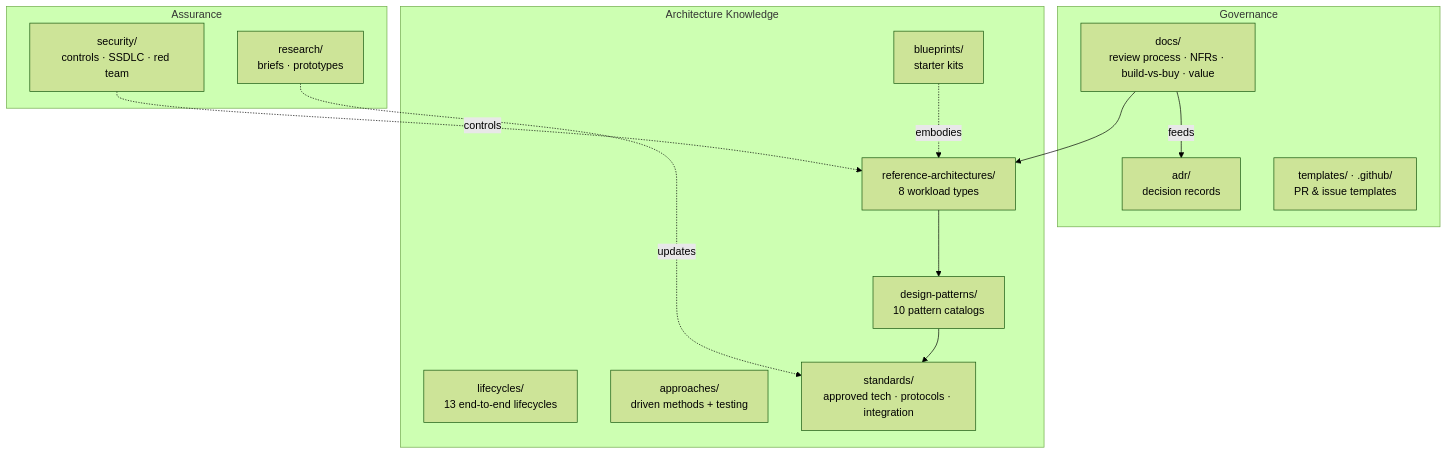
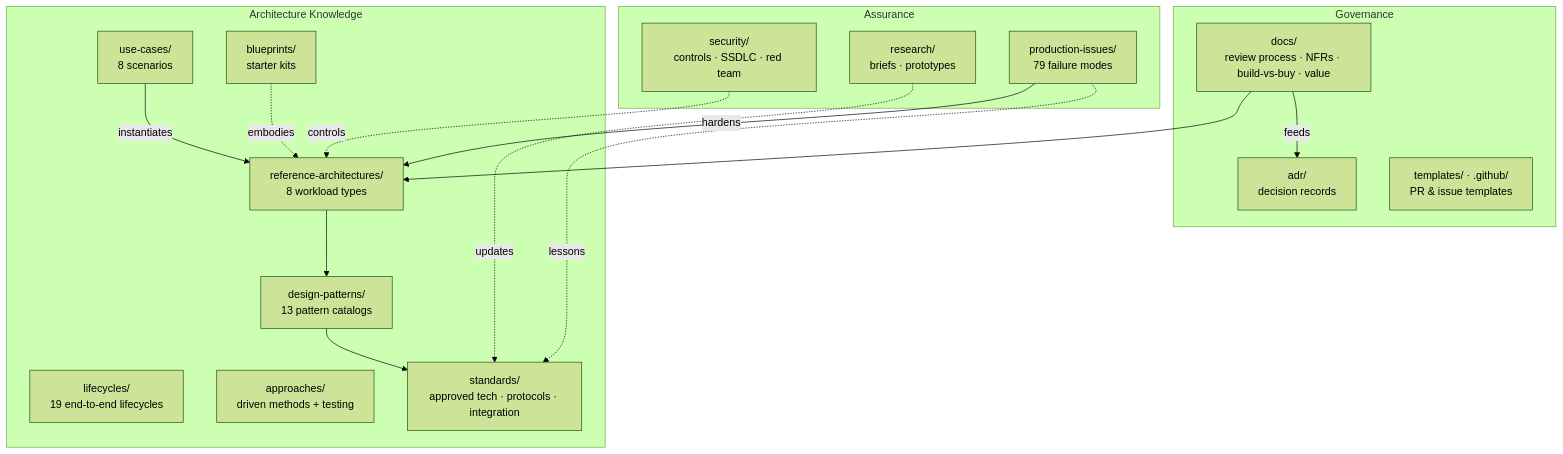
The diagram in README.md (MrKyaw/Enterprise-AI-Reference-Architecture), drawn with Mermaid (forest theme) before and after one commit. The commit also changed other lines of this file and 33 other files, not shown here.

First line of the commit message:
Complete coverage audit + use cases and production-issue library

````diff
--- a/README.md
+++ b/README.md
@@ -55,27 +57,32 @@
 ```mermaid
 flowchart TB
     subgraph Governance [Governance]
         DOCS[docs/<br/>review process · NFRs · build-vs-buy · value]
         ADR[adr/<br/>decision records]
         TPL[templates/ · .github/<br/>PR & issue templates]
     end
     subgraph Knowledge [Architecture Knowledge]
         RA[reference-architectures/<br/>8 workload types]
-        LC[lifecycles/<br/>13 end-to-end lifecycles]
-        PAT[design-patterns/<br/>10 pattern catalogs]
+        LC[lifecycles/<br/>19 end-to-end lifecycles]
+        PAT[design-patterns/<br/>13 pattern catalogs]
         APP[approaches/<br/>driven methods + testing]
+        UC[use-cases/<br/>8 scenarios]
         STD[standards/<br/>approved tech · protocols · integration]
         BP[blueprints/<br/>starter kits]
     end
     subgraph Assurance [Assurance]
         SEC[security/<br/>controls · SSDLC · red team]
         RES[research/<br/>briefs · prototypes]
+        PI[production-issues/<br/>79 failure modes]
     end
 
     RA --> PAT --> STD
     DOCS --> RA
     DOCS -->|feeds| ADR
+    UC -->|instantiates| RA
+    PI -->|hardens| RA
+    PI -.lessons.-> STD
     SEC -.controls.-> RA
     RES -.updates.-> STD
     BP -.embodies.-> RA
 ```
````
